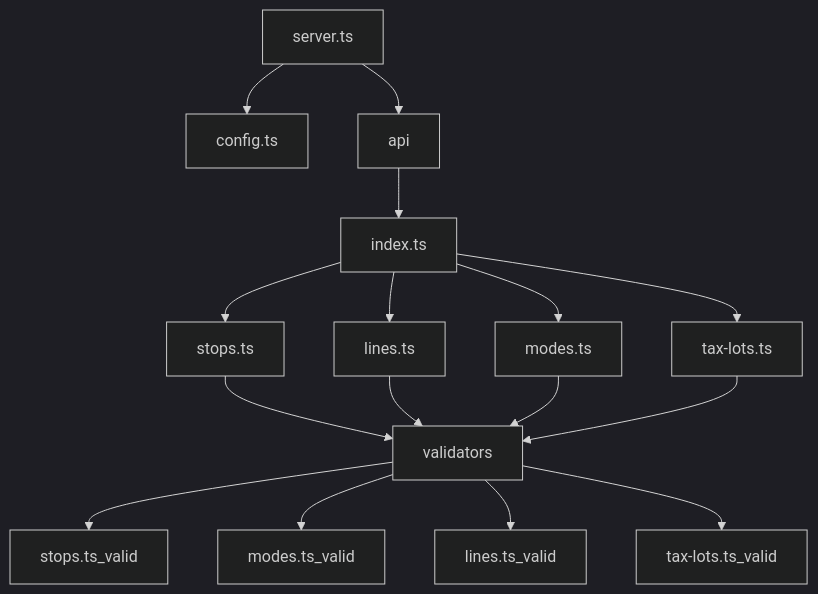
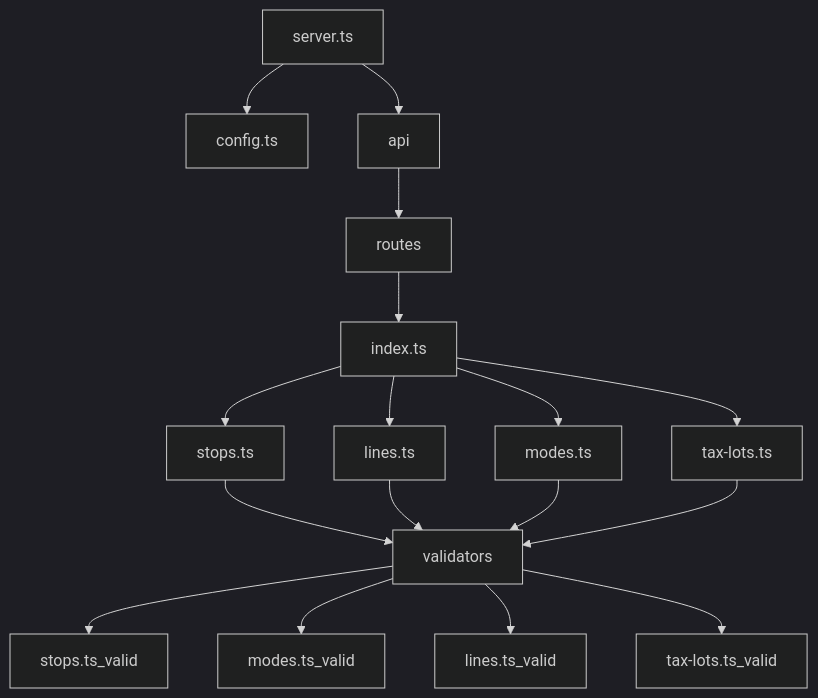
The diagram in docs/api/API implementation.md (EPMPaulPoly/CIV6707-Cout-Lignes), drawn with Mermaid (dark theme) before and after one commit. The commit also changed other lines of this file, not shown here.

Commit message:
Update API implementation.md

````diff
--- a/docs/api/API implementation.md
+++ b/docs/api/API implementation.md
@@ -14,18 +14,19 @@
 ```mermaid
 graph TD;
     server.ts-->config.ts;
     server.ts-->api;
-    api-->index.ts;
+    api-->routes;
+    routes-->index.ts;
     index.ts-->stops.ts;
     index.ts-->lines.ts;
     index.ts-->modes.ts;
     index.ts-->tax-lots.ts;
     stops.ts-->validators;
     lines.ts-->validators;
     modes.ts-->validators;
     tax-lots.ts-->validators;
     validators-->stops.ts_valid;
     validators-->modes.ts_valid;
     validators-->lines.ts_valid;
     validators-->tax-lots.ts_valid;
 ```
````
